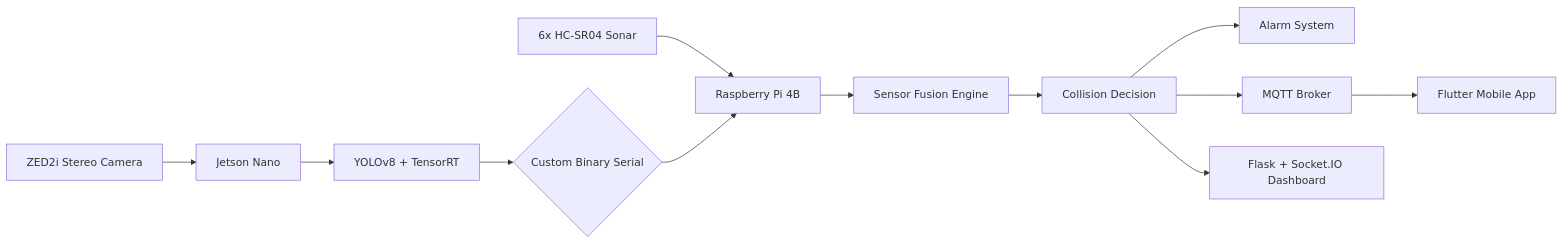
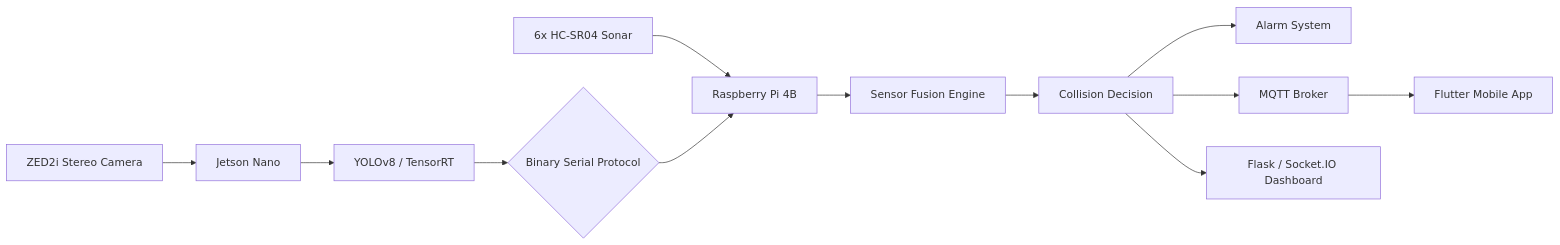
Before and after one commit to dawarazhar11/dawarazhar11: the sixth of 8 diagrams in README.md, drawn with Mermaid. The commit also changed other lines of this file, not shown here.

Commit message:
Fix Mermaid diagrams: quote labels, remove emojis, replace & joins

````diff
--- a/README.md
+++ b/README.md
@@ -254,14 +264,14 @@
 ```mermaid
 graph LR
-    A[ZED2i Stereo Camera] --> B[Jetson Nano]
-    B --> C[YOLOv8 + TensorRT]
-    C --> D{Custom Binary Serial}
-    E[6x HC-SR04 Sonar] --> F[Raspberry Pi 4B]
+    A["ZED2i Stereo Camera"] --> B["Jetson Nano"]
+    B --> C["YOLOv8 / TensorRT"]
+    C --> D{"Binary Serial Protocol"}
+    E["6x HC-SR04 Sonar"] --> F["Raspberry Pi 4B"]
     D --> F
-    F --> G[Sensor Fusion Engine]
-    G --> H[Collision Decision]
-    H --> I[Alarm System]
-    H --> J[MQTT Broker]
-    J --> K[Flutter Mobile App]
-    H --> L[Flask + Socket.IO Dashboard]
+    F --> G["Sensor Fusion Engine"]
+    G --> H["Collision Decision"]
+    H --> I["Alarm System"]
+    H --> J["MQTT Broker"]
+    J --> K["Flutter Mobile App"]
+    H --> L["Flask / Socket.IO Dashboard"]
 ```
````
